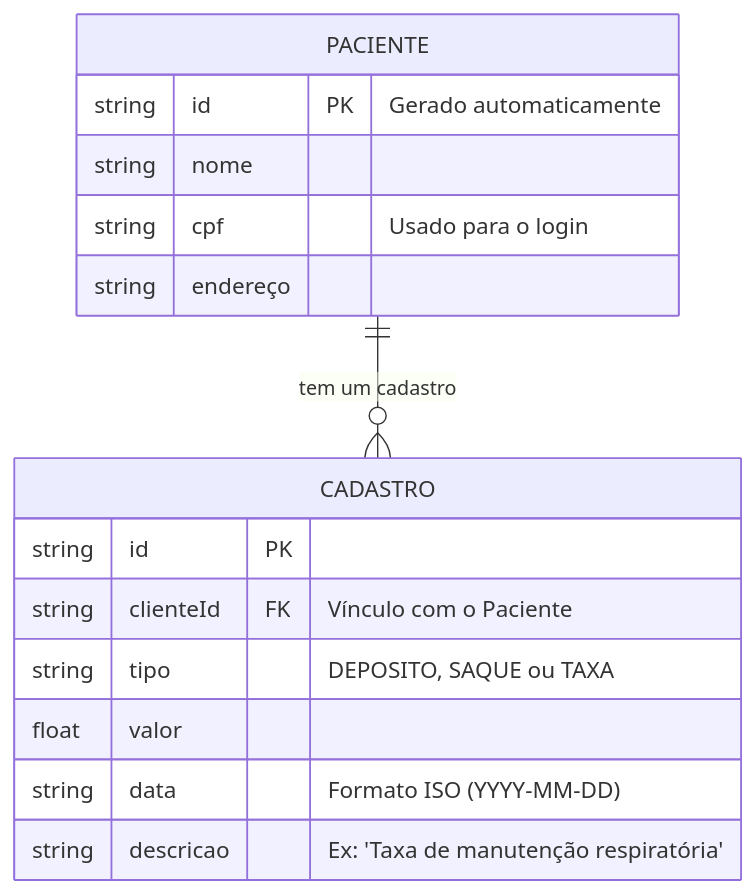
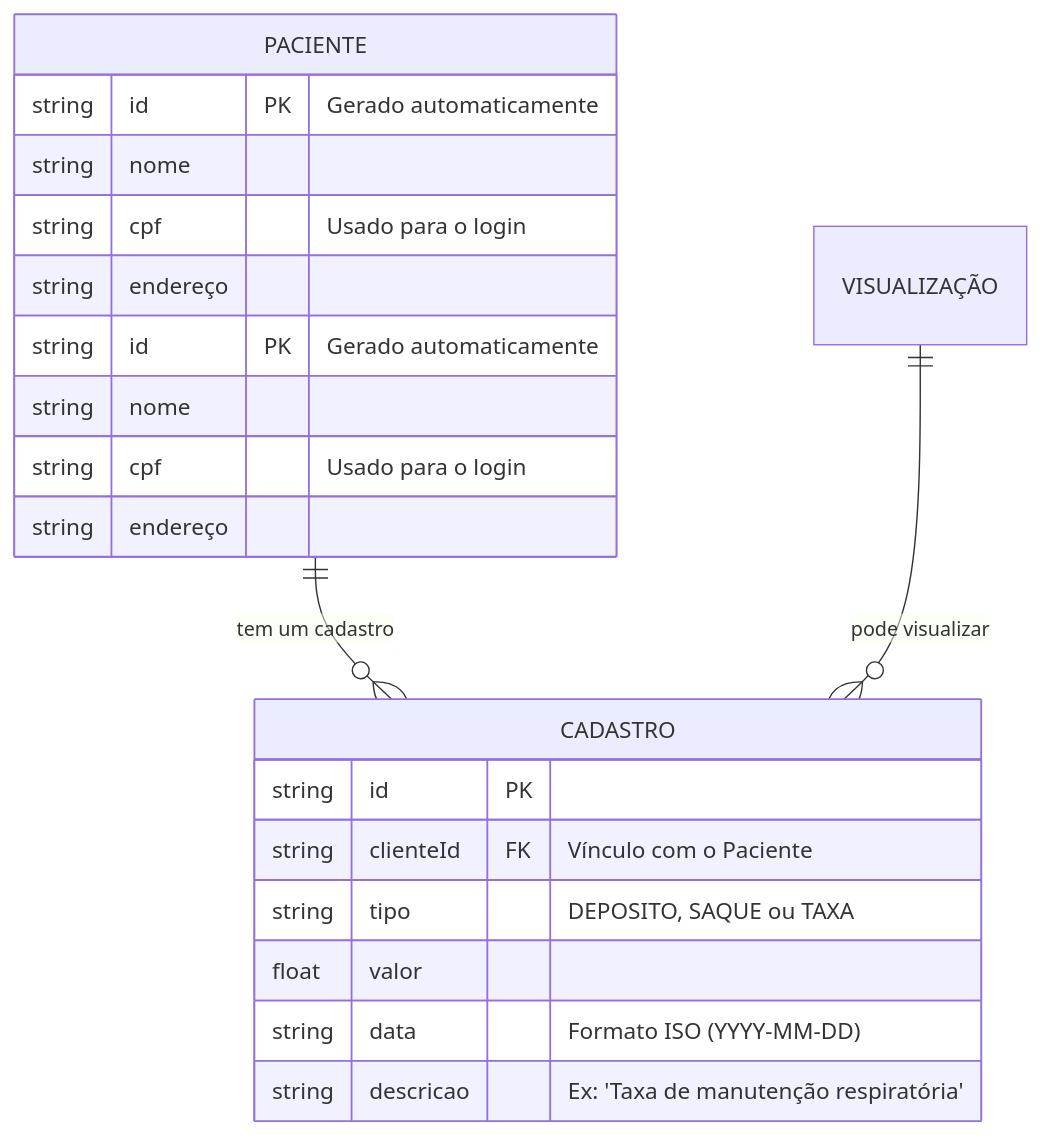
Before and after one commit to fehliperamos4/projeto-v1: the diagram in Docs/spec.md, drawn with Mermaid.

````diff
--- a/Docs/spec.md
+++ b/Docs/spec.md
@@ -9,18 +9,25 @@
 ```mermaid
 erDiagram
 PACIENTE ||--o{ CADASTRO : "tem um cadastro"
 PACIENTE {
 string id PK "Gerado automaticamente"
 string nome
 string cpf "Usado para o login"
 string endereço
 }
 CADASTRO {
 string id PK
 string clienteId FK "Vínculo com o Paciente"
 string tipo "DEPOSITO, SAQUE ou TAXA"
 float valor
 string data "Formato ISO (YYYY-MM-DD)"
 string descricao "Ex: 'Taxa de manutenção respiratória'"
 }
+VISUALIZAÇÃO ||--o{ CADASTRO : "pode visualizar"
+PACIENTE {
+string id PK "Gerado automaticamente"
+string nome
+string cpf "Usado para o login"
+string endereço
+}
 ```
````
